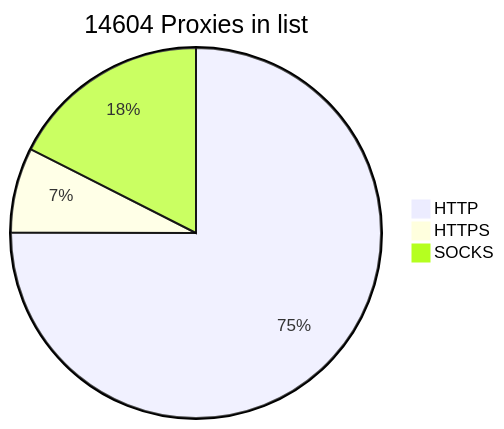
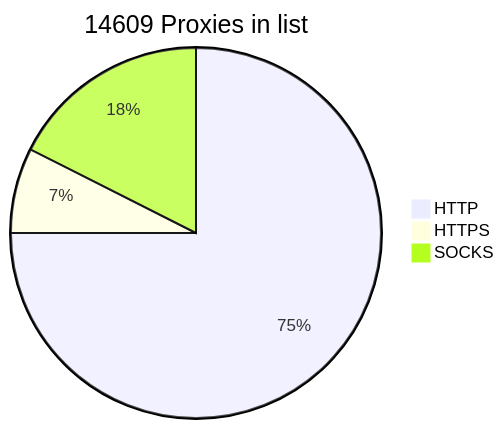
The diagram in README.md (BlackSnowDot/proxylist-update-every-minute), drawn with Mermaid before and after one commit.

````diff
--- a/README.md
+++ b/README.md
@@ -2,6 +2,6 @@
 ```mermaid
-pie title 14604 Proxies in list
+pie title 14609 Proxies in list
     "HTTP" : 11171
     "HTTPS": 1107
-    "SOCKS" : 2610
+    "SOCKS" : 2615
 ```
````
